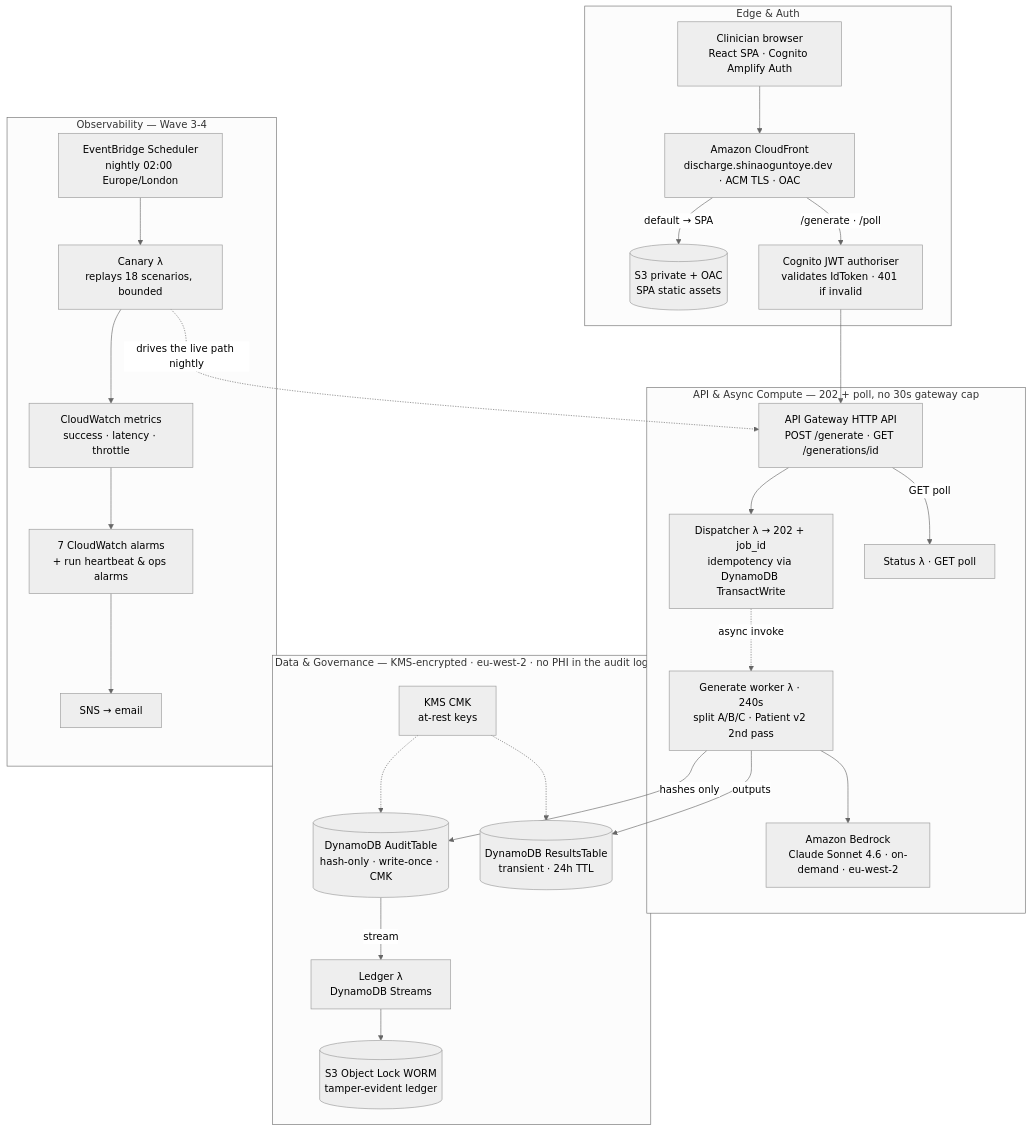
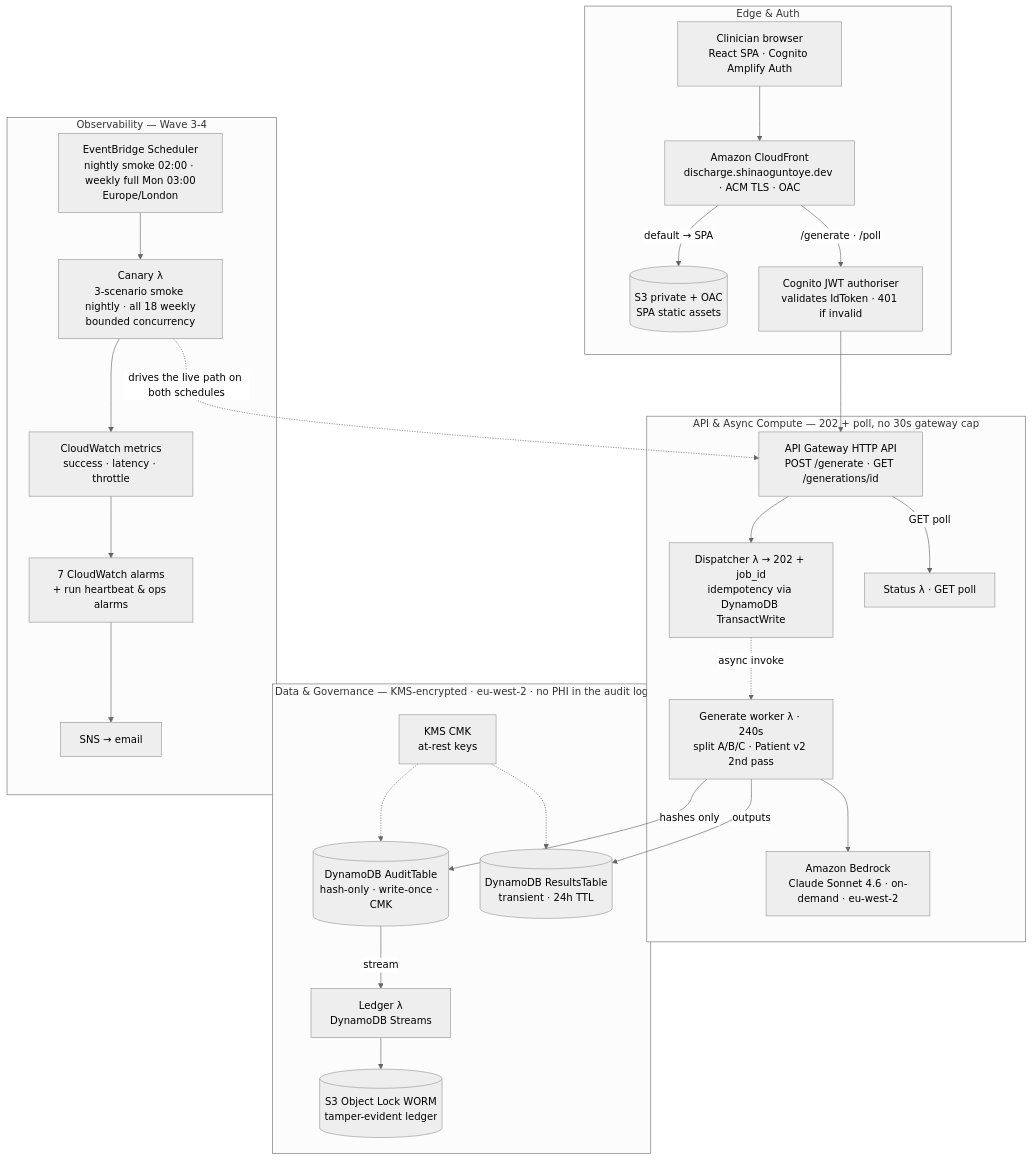
Before and after one commit to shinatxo/ai-discharge-summary: the diagram in docs/architecture.mmd, drawn with Mermaid (neutral theme). The commit also changed 7 other files, not shown here.

```diff
--- a/docs/architecture.mmd
+++ b/docs/architecture.mmd
@@ -1,48 +1,48 @@
 %% AI Discharge Summary Assistant - architecture
 %% Rendered SVG: docs/architecture.svg
 flowchart TB
     subgraph edge["Edge & Auth"]
         B["Clinician browser<br/>React SPA · Cognito Amplify Auth"]
         CF["Amazon CloudFront<br/>discharge.shinaoguntoye.dev · ACM TLS · OAC"]
         S3SPA[("S3 private + OAC<br/>SPA static assets")]
         JWT["Cognito JWT authoriser<br/>validates IdToken · 401 if invalid"]
     end
 
     subgraph api["API & Async Compute — 202 + poll, no 30s gateway cap"]
         API["API Gateway HTTP API<br/>POST /generate · GET /generations/id"]
         DISP["Dispatcher λ → 202 + job_id<br/>idempotency via DynamoDB TransactWrite"]
         WORK["Generate worker λ · 240s<br/>split A/B/C · Patient v2 2nd pass"]
         BR["Amazon Bedrock<br/>Claude Sonnet 4.6 · on-demand · eu-west-2"]
         STAT["Status λ · GET poll"]
     end
 
     subgraph data["Data & Governance — KMS-encrypted · eu-west-2 · no PHI in the audit log"]
         AUDIT[("DynamoDB AuditTable<br/>hash-only · write-once · CMK")]
         LEDGER["Ledger λ<br/>DynamoDB Streams"]
         WORM[("S3 Object Lock WORM<br/>tamper-evident ledger")]
         RESULTS[("DynamoDB ResultsTable<br/>transient · 24h TTL")]
         KMS["KMS CMK<br/>at-rest keys"]
     end
 
     subgraph obs["Observability — Wave 3-4"]
-        EB["EventBridge Scheduler<br/>nightly 02:00 Europe/London"]
-        CAN["Canary λ<br/>replays 18 scenarios, bounded"]
+        EB["EventBridge Scheduler<br/>nightly smoke 02:00 · weekly full Mon 03:00<br/>Europe/London"]
+        CAN["Canary λ<br/>3-scenario smoke nightly · all 18 weekly<br/>bounded concurrency"]
         CW["CloudWatch metrics<br/>success · latency · throttle"]
         ALARM["7 CloudWatch alarms<br/>+ run heartbeat & ops alarms"]
         SNS["SNS → email"]
     end
 
     B --> CF
     CF -->|"default → SPA"| S3SPA
     CF -->|"/generate · /poll"| JWT --> API
     API --> DISP
     DISP -. "async invoke" .-> WORK
     WORK --> BR
     API -->|"GET poll"| STAT
     WORK -->|"hashes only"| AUDIT
     WORK -->|"outputs"| RESULTS
     AUDIT -->|"stream"| LEDGER --> WORM
     KMS -.-> AUDIT
     KMS -.-> RESULTS
     EB --> CAN --> CW --> ALARM --> SNS
-    CAN -. "drives the live path nightly" .-> API
+    CAN -. "drives the live path on both schedules" .-> API
```
